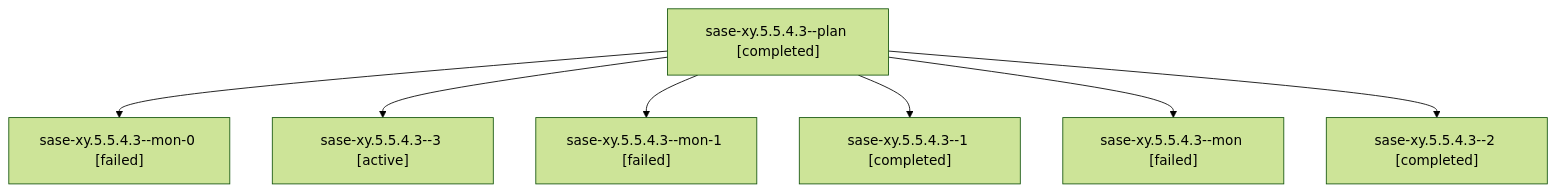
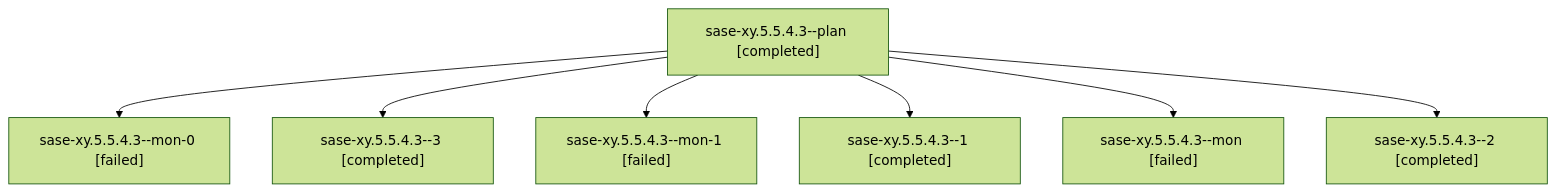
One commit to sase-org/sase--agents changed the diagram in families/bbugyi200.athena.sase-xy.5.5.4.3.md. Above: the diagram before and after it, drawn with Mermaid (forest theme). The commit also changed other lines of this file and 70 other files, not shown here.

````diff
--- a/families/bbugyi200.athena.sase-xy.5.5.4.3.md
+++ b/families/bbugyi200.athena.sase-xy.5.5.4.3.md
@@ -9,16 +9,16 @@
 ```mermaid
 flowchart TD
   n0["sase-xy.5.5.4.3--plan [completed]"]
   n1["sase-xy.5.5.4.3--mon-0 [failed]"]
   n0 --> n1
-  n2["sase-xy.5.5.4.3--3 [active]"]
+  n2["sase-xy.5.5.4.3--3 [completed]"]
   n0 --> n2
   n3["sase-xy.5.5.4.3--mon-1 [failed]"]
   n0 --> n3
   n4["sase-xy.5.5.4.3--1 [completed]"]
   n0 --> n4
   n5["sase-xy.5.5.4.3--mon [failed]"]
   n0 --> n5
   n6["sase-xy.5.5.4.3--2 [completed]"]
   n0 --> n6
 ```
````
